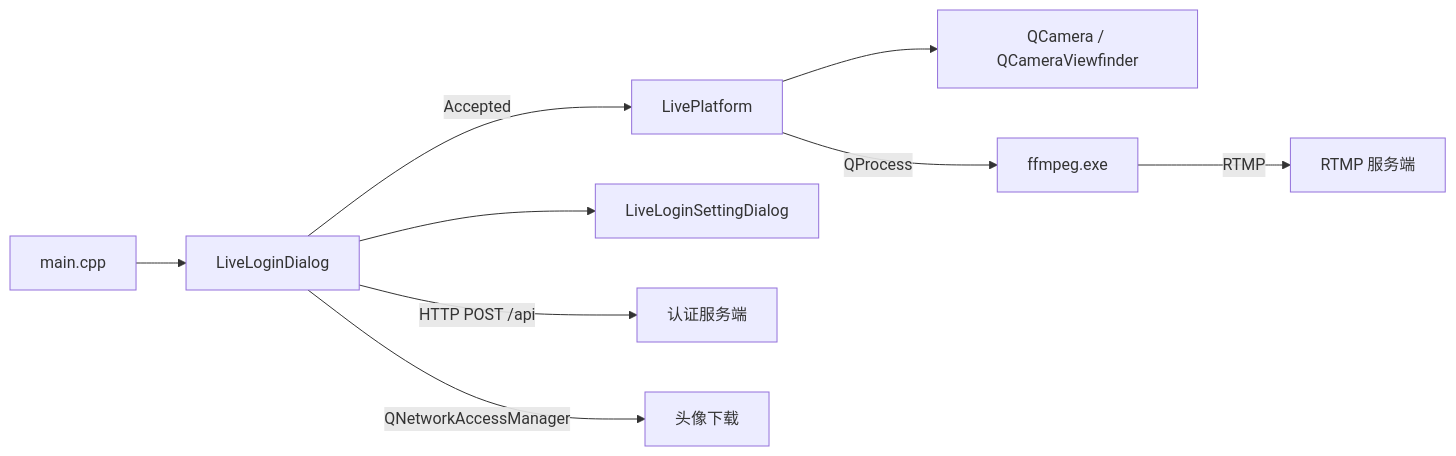
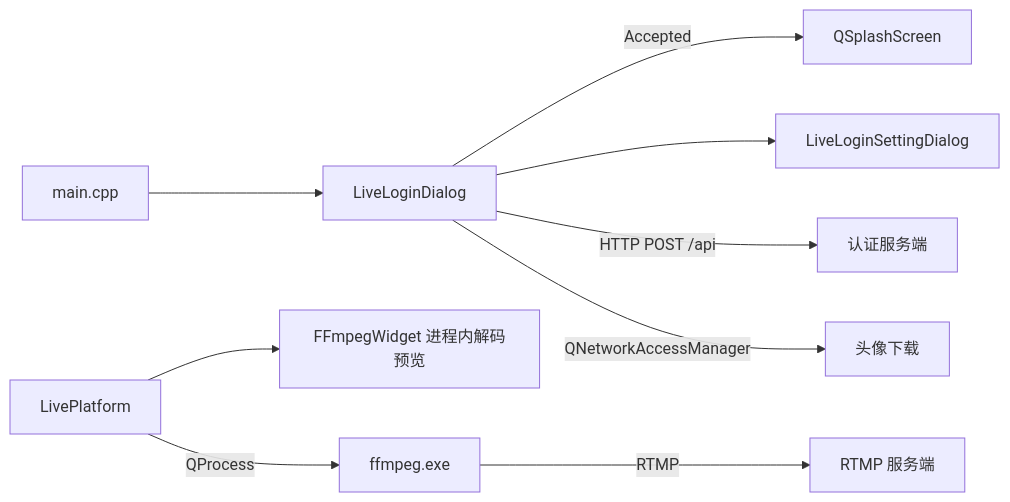
Before and after one commit to ohto-ai/PostLive: the first of 3 diagrams in docs/architecture.md, drawn with Mermaid. The commit also changed other lines of this file and 14 other files, not shown here.

First line of the commit message:
feat: adopt PostLive.Re theme, login redesign and splash screen

````diff
--- a/docs/architecture.md
+++ b/docs/architecture.md
@@ -7,11 +7,11 @@
 ```mermaid
 flowchart LR
     Main[main.cpp] --> Login[LiveLoginDialog]
-    Login -->|Accepted| Platform[LivePlatform]
+    Login -->|Accepted| Splash[QSplashScreen]
     Login --> Setting[LiveLoginSettingDialog]
     Login -->|HTTP POST /api| Auth[认证服务端]
     Login -->|QNetworkAccessManager| Avatar[头像下载]
-    Platform --> Preview[QCamera / QCameraViewfinder]
+    Platform[LivePlatform] --> Preview[FFmpegWidget 进程内解码预览]
     Platform -->|QProcess| FFmpeg[ffmpeg.exe]
     FFmpeg -->|RTMP| Server[RTMP 服务端]
 ```
````
